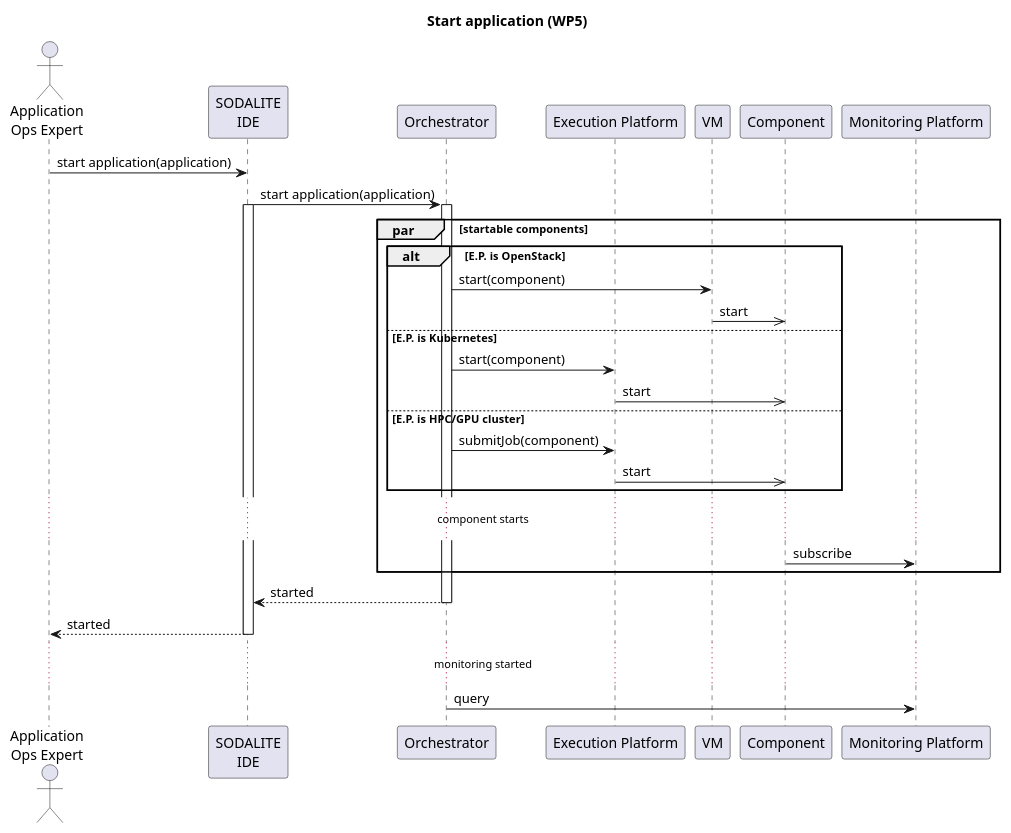
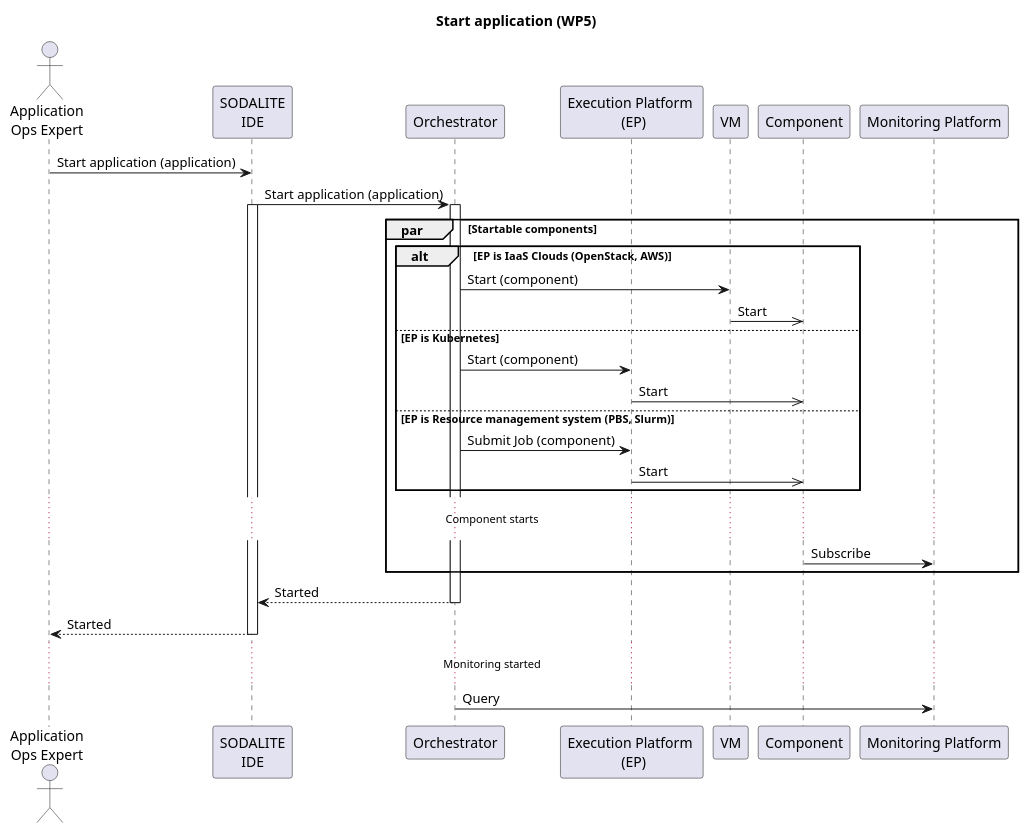
Before and after one commit to SODALITE-EU/project-wide-documentation: the diagram in uml/sequence-diagrams/UC-07-StartApplication-WP5.puml, drawn with PlantUML. The commit also changed 2 other files, not shown here.

```diff
--- a/uml/sequence-diagrams/UC-07-StartApplication-WP5.puml
+++ b/uml/sequence-diagrams/UC-07-StartApplication-WP5.puml
@@ -1,44 +1,44 @@
 @startuml
 
 title Start application (WP5)
 
 actor "Application\nOps Expert" as ops
 participant "SODALITE\nIDE" as ide
 participant  Orchestrator as orch
-participant "Execution Platform" as res
+participant "Execution Platform \n (EP)" as res
 participant "VM" as VM
 participant "Component" as lre
 participant "Monitoring Platform" as mon
 
-ops->ide: start application(application)
+ops->ide: Start application (application)
 
-ide->orch: start application(application)
+ide->orch: Start application (application)
 activate ide
 
 activate orch
-par startable components
-  alt E.P. is OpenStack
-    orch->VM: start(component)
-    VM->>lre: start
-  else E.P. is Kubernetes
-    orch->res: start(component)
-    res->>lre: start
-  else  E.P. is HPC/GPU cluster
-    orch->res: submitJob(component)
-    res->>lre: start
+par Startable components
+  alt EP is IaaS Clouds (OpenStack, AWS)
+    orch->VM: Start (component)
+    VM->>lre: Start
+  else EP is Kubernetes
+    orch->res: Start (component)
+    res->>lre: Start
+  else  EP is Resource management system (PBS, Slurm)
+    orch->res: Submit Job (component)
+    res->>lre: Start
   end
 
-  ...component starts...
-  lre->mon: subscribe
+  ...Component starts...
+  lre->mon: Subscribe
 end
 
-orch-->ide: started
+orch-->ide: Started
 deactivate orch
 
-ide-->ops: started
+ide-->ops: Started
 deactivate ide
 
-...monitoring started...
-orch->mon: query
+...Monitoring started...
+orch->mon: Query
 
 @enduml
```
